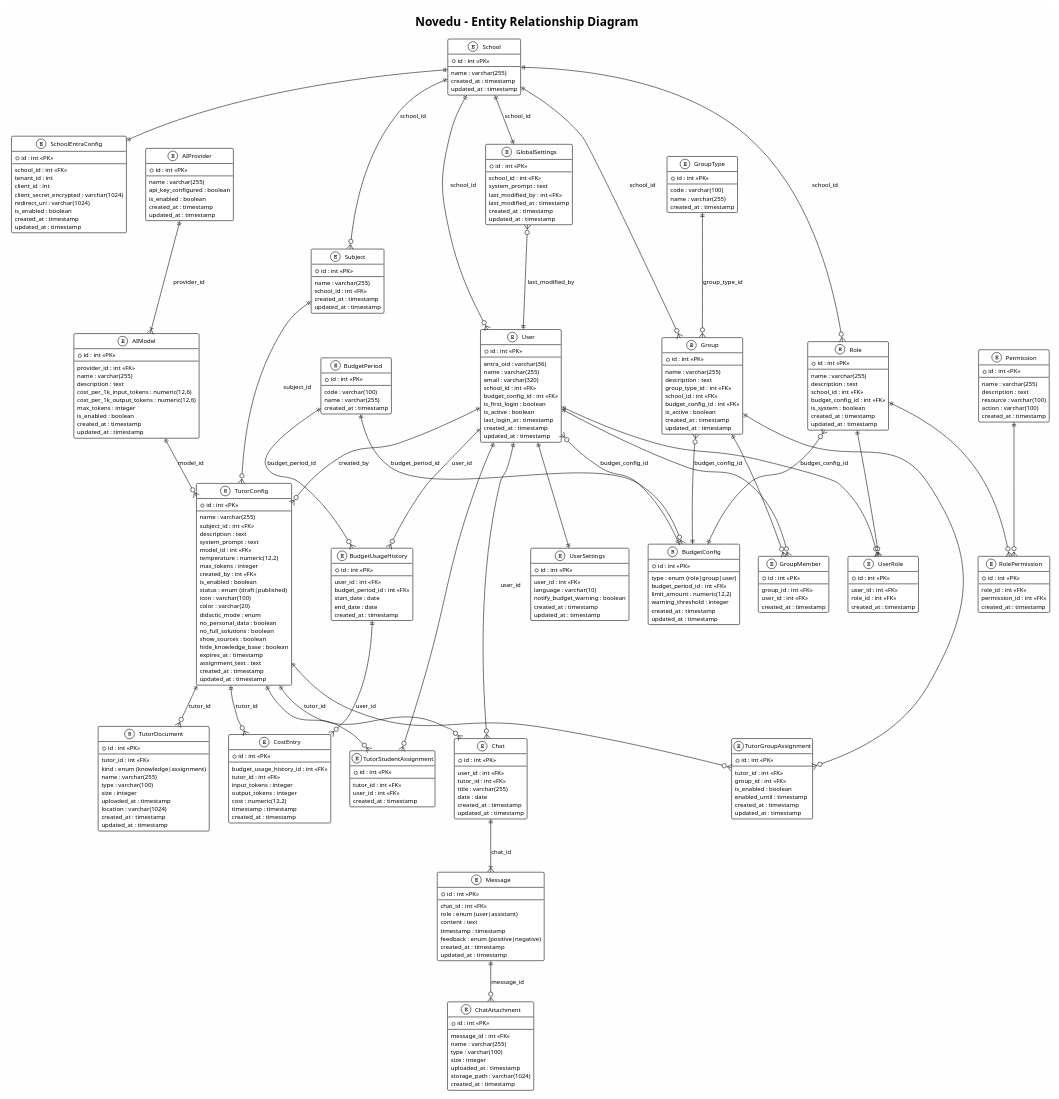
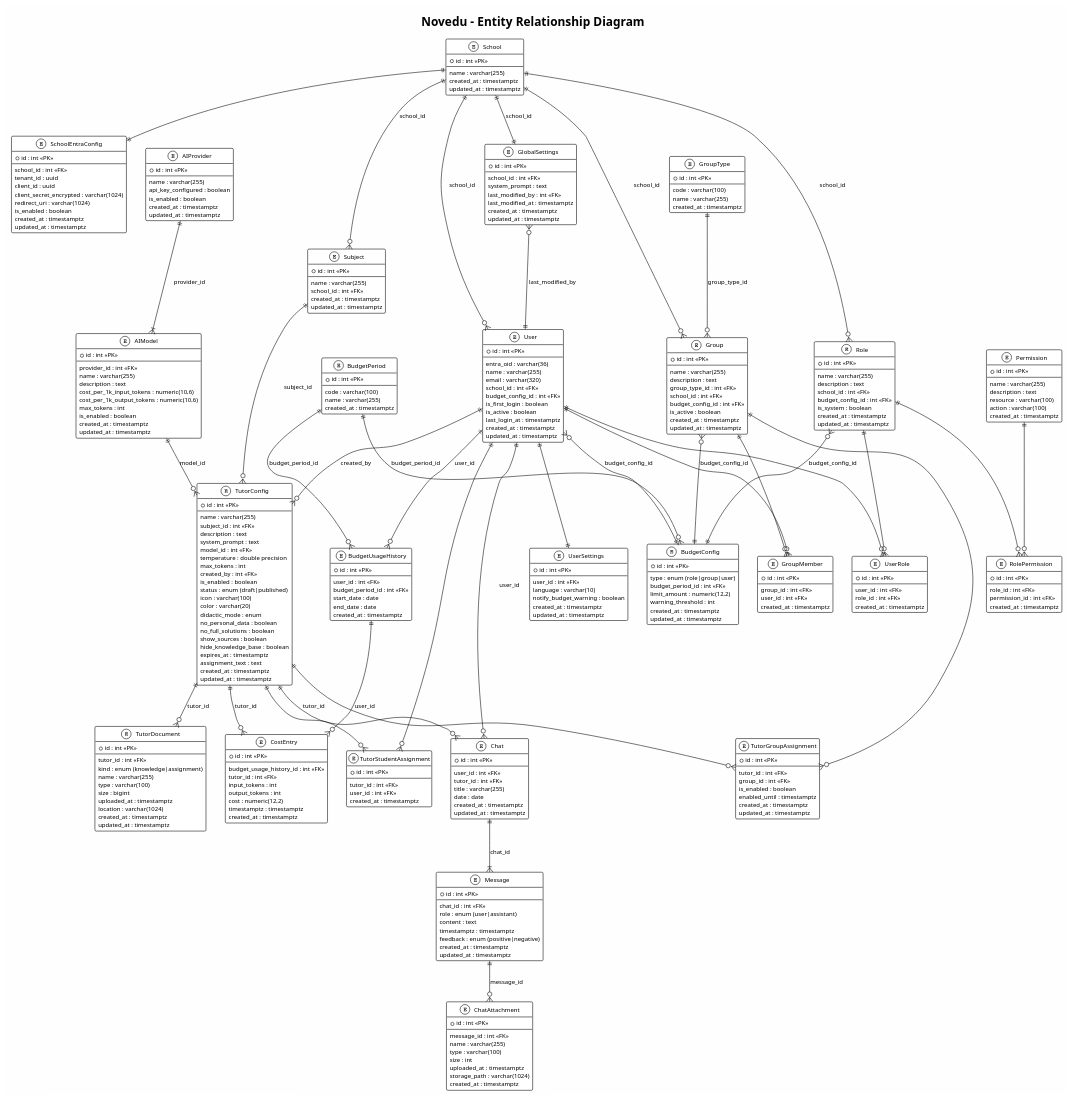
The diagram in docs/analysis/erd.puml (melanie-bauer/Novedu), drawn with PlantUML before and after one commit.

Commit message:
docs: update ERD to use timestamptz for timestamps and refine data types for tokens, cost, and IDs #28

```diff
--- a/docs/analysis/erd.puml
+++ b/docs/analysis/erd.puml
@@ -12,21 +12,21 @@
   * id : int <<PK>>
   --
   name : varchar(255)
-  created_at : timestamp
-  updated_at : timestamp
+  created_at : timestamptz
+  updated_at : timestamptz
 }
 
 entity "SchoolEntraConfig" as SchoolEntraConfig {
   * id : int <<PK>>
   --
   school_id : int <<FK>>
-  tenant_id : int
-  client_id : int
+  tenant_id : uuid
+  client_id : uuid
   client_secret_encrypted : varchar(1024)
   redirect_uri : varchar(1024)
   is_enabled : boolean
-  created_at : timestamp
-  updated_at : timestamp
+  created_at : timestamptz
+  updated_at : timestamptz
 }
 
 ' ========== Nutzer ==========
@@ -41,9 +41,9 @@
   budget_config_id : int <<FK>>
   is_first_login : boolean
   is_active : boolean
-  last_login_at : timestamp
-  created_at : timestamp
-  updated_at : timestamp
+  last_login_at : timestamptz
+  created_at : timestamptz
+  updated_at : timestamptz
 }
 
 entity "UserSettings" as UserSettings {
@@ -52,8 +52,8 @@
   user_id : int <<FK>>
   language : varchar(10)
   notify_budget_warning : boolean
-  created_at : timestamp
-  updated_at : timestamp
+  created_at : timestamptz
+  updated_at : timestamptz
 }
 
 entity "BudgetPeriod" as BudgetPeriod {
@@ -61,7 +61,7 @@
   --
   code : varchar(100)
   name : varchar(255)
-  created_at : timestamp
+  created_at : timestamptz
 }
 
 entity "BudgetUsageHistory" as BudgetUsageHistory {
@@ -71,7 +71,7 @@
   budget_period_id : int <<FK>>
   start_date : date
   end_date : date
-  created_at : timestamp
+  created_at : timestamptz
 }
 
 ' ========== Gruppen (inkl. Klassen) ==========
@@ -82,7 +82,7 @@
   --
   code : varchar(100)
   name : varchar(255)
-  created_at : timestamp
+  created_at : timestamptz
 }
 
 entity "Group" as Group {
@@ -94,8 +94,8 @@
   school_id : int <<FK>>
   budget_config_id : int <<FK>>
   is_active : boolean
-  created_at : timestamp
-  updated_at : timestamp
+  created_at : timestamptz
+  updated_at : timestamptz
 }
 
 entity "GroupMember" as GroupMember {
@@ -103,7 +103,7 @@
   --
   group_id : int <<FK>>
   user_id : int <<FK>>
-  created_at : timestamp
+  created_at : timestamptz
 }
 
 ' ========== Rollen & Rechte ==========
@@ -116,8 +116,8 @@
   school_id : int <<FK>>
   budget_config_id : int <<FK>>
   is_system : boolean
-  created_at : timestamp
-  updated_at : timestamp
+  created_at : timestamptz
+  updated_at : timestamptz
 }
 
 entity "Permission" as Permission {
@@ -127,7 +127,7 @@
   description : text
   resource : varchar(100)
   action : varchar(100)
-  created_at : timestamp
+  created_at : timestamptz
 }
 
 entity "RolePermission" as RolePermission {
@@ -135,7 +135,7 @@
   --
   role_id : int <<FK>>
   permission_id : int <<FK>>
-  created_at : timestamp
+  created_at : timestamptz
 }
 
 entity "UserRole" as UserRole {
@@ -143,7 +143,7 @@
   --
   user_id : int <<FK>>
   role_id : int <<FK>>
-  created_at : timestamp
+  created_at : timestamptz
 }
 
 ' ========== Fächer ==========
@@ -153,8 +153,8 @@
   --
   name : varchar(255)
   school_id : int <<FK>>
-  created_at : timestamp
-  updated_at : timestamp
+  created_at : timestamptz
+  updated_at : timestamptz
 }
 
 ' ========== KI-Infrastruktur ==========
@@ -165,8 +165,8 @@
   name : varchar(255)
   api_key_configured : boolean
   is_enabled : boolean
-  created_at : timestamp
-  updated_at : timestamp
+  created_at : timestamptz
+  updated_at : timestamptz
 }
 
 entity "AIModel" as AIModel {
@@ -175,12 +175,12 @@
   provider_id : int <<FK>>
   name : varchar(255)
   description : text
-  cost_per_1k_input_tokens : numeric(12,6)
-  cost_per_1k_output_tokens : numeric(12,6)
-  max_tokens : integer
+  cost_per_1k_input_tokens : numeric(10,6)
+  cost_per_1k_output_tokens : numeric(10,6)
+  max_tokens : int
   is_enabled : boolean
-  created_at : timestamp
-  updated_at : timestamp
+  created_at : timestamptz
+  updated_at : timestamptz
 }
 
 ' ========== Tutoren ==========
@@ -193,8 +193,8 @@
   description : text
   system_prompt : text
   model_id : int <<FK>>
-  temperature : numeric(12,2)
-  max_tokens : integer
+  temperature : double precision
+  max_tokens : int
   created_by : int <<FK>>
   is_enabled : boolean
   status : enum (draft|published)
@@ -205,10 +205,10 @@
   no_full_solutions : boolean
   show_sources : boolean
   hide_knowledge_base : boolean
-  expires_at : timestamp
+  expires_at : timestamptz
   assignment_text : text
-  created_at : timestamp
-  updated_at : timestamp
+  created_at : timestamptz
+  updated_at : timestamptz
 }
 
 entity "TutorGroupAssignment" as TutorGroupAssignment {
@@ -217,9 +217,9 @@
   tutor_id : int <<FK>>
   group_id : int <<FK>>
   is_enabled : boolean
-  enabled_until : timestamp
-  created_at : timestamp
-  updated_at : timestamp
+  enabled_until : timestamptz
+  created_at : timestamptz
+  updated_at : timestamptz
 }
 
 entity "TutorStudentAssignment" as TutorStudentAssignment {
@@ -227,7 +227,7 @@
   --
   tutor_id : int <<FK>>
   user_id : int <<FK>>
-  created_at : timestamp
+  created_at : timestamptz
 }
 
 entity "TutorDocument" as TutorDocument {
@@ -237,11 +237,11 @@
   kind : enum (knowledge|assignment)
   name : varchar(255)
   type : varchar(100)
-  size : integer
-  uploaded_at : timestamp
+  size : bigint
+  uploaded_at : timestamptz
   location : varchar(1024)
-  created_at : timestamp
-  updated_at : timestamp
+  created_at : timestamptz
+  updated_at : timestamptz
 }
 
 ' ========== Chat ==========
@@ -253,8 +253,8 @@
   tutor_id : int <<FK>>
   title : varchar(255)
   date : date
-  created_at : timestamp
-  updated_at : timestamp
+  created_at : timestamptz
+  updated_at : timestamptz
 }
 
 entity "Message" as Message {
@@ -263,10 +263,10 @@
   chat_id : int <<FK>>
   role : enum (user|assistant)
   content : text
-  timestamp : timestamp
+  timestamptz : timestamptz
   feedback : enum (positive|negative)
-  created_at : timestamp
-  updated_at : timestamp
+  created_at : timestamptz
+  updated_at : timestamptz
 }
 
 entity "ChatAttachment" as ChatAttachment {
@@ -275,10 +275,10 @@
   message_id : int <<FK>>
   name : varchar(255)
   type : varchar(100)
-  size : integer
-  uploaded_at : timestamp
+  size : int
+  uploaded_at : timestamptz
   storage_path : varchar(1024)
-  created_at : timestamp
+  created_at : timestamptz
 }
 
 ' ========== Budget & Kosten ==========
@@ -289,9 +289,9 @@
   type : enum (role|group|user)
   budget_period_id : int <<FK>>
   limit_amount : numeric(12,2)
-  warning_threshold : integer
-  created_at : timestamp
-  updated_at : timestamp
+  warning_threshold : int
+  created_at : timestamptz
+  updated_at : timestamptz
 }
 
 entity "CostEntry" as CostEntry {
@@ -299,11 +299,11 @@
   --
   budget_usage_history_id : int <<FK>>
   tutor_id : int <<FK>>
-  input_tokens : integer
-  output_tokens : integer
+  input_tokens : int
+  output_tokens : int
   cost : numeric(12,2)
-  timestamp : timestamp
-  created_at : timestamp
+  timestamptz : timestamptz
+  created_at : timestamptz
 }
 
 ' ========== Global ==========
@@ -314,9 +314,9 @@
   school_id : int <<FK>>
   system_prompt : text
   last_modified_by : int <<FK>>
-  last_modified_at : timestamp
-  created_at : timestamp
-  updated_at : timestamp
+  last_modified_at : timestamptz
+  created_at : timestamptz
+  updated_at : timestamptz
 }
 
 ' ========== Beziehungen ==========
```
